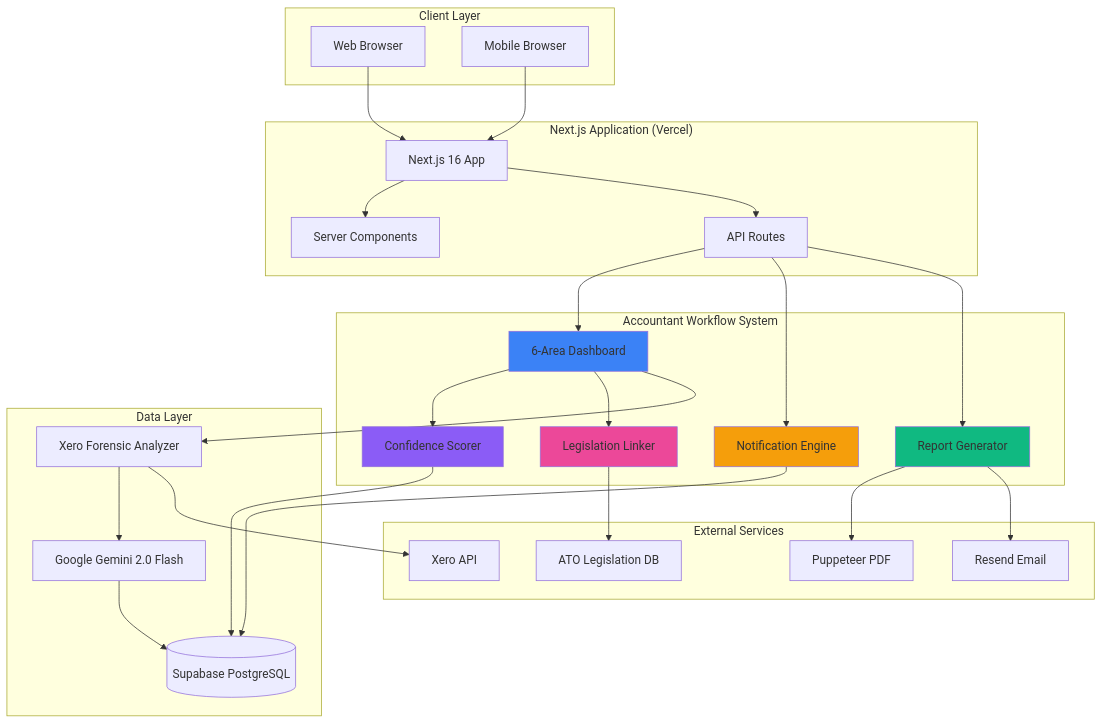
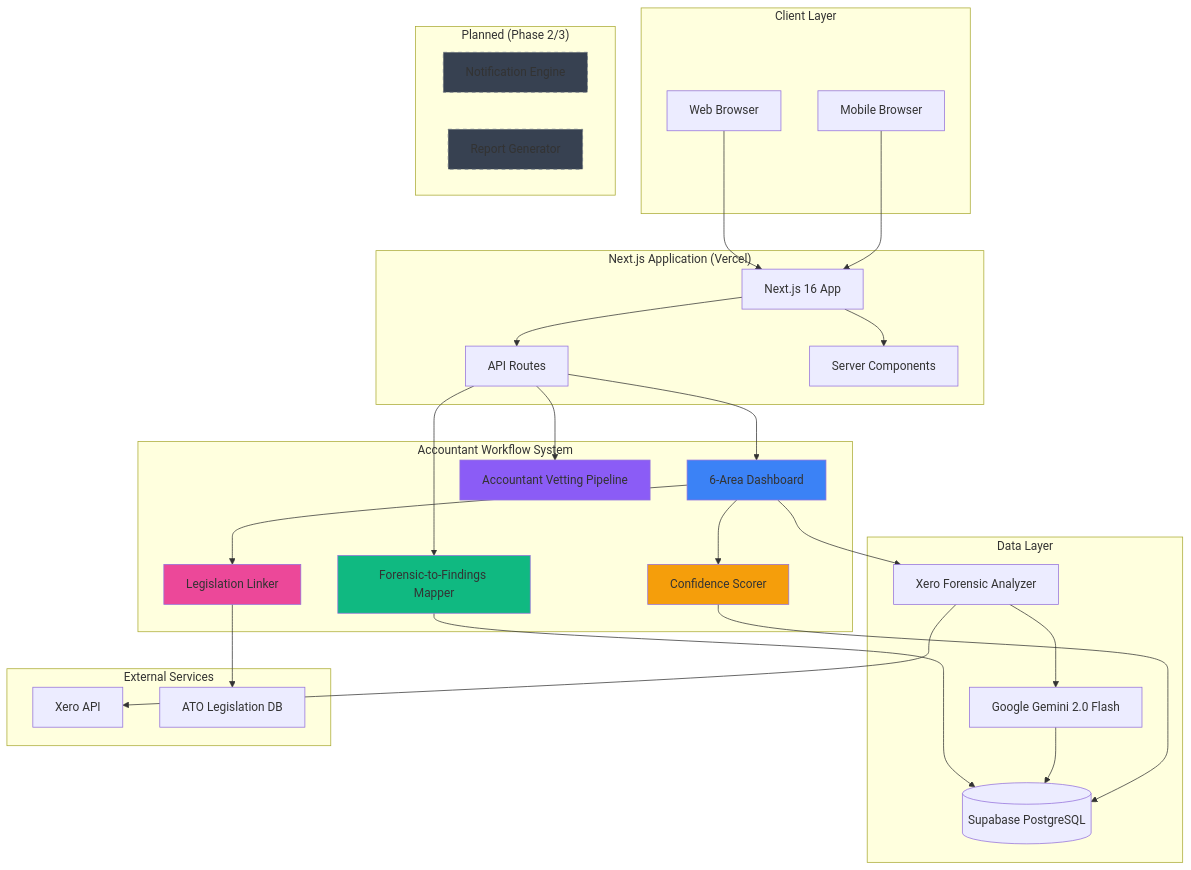
Before and after one commit to CleanExpo/ATO: the first of 15 diagrams in docs/diagrams/accountant-workflow-system.md, drawn with Mermaid. The commit also changed other lines of this file and 4 other files, not shown here.

First line of the commit message:
Update accountant workflow architecture docs to match implementation (ORCH-ACC-001)

````diff
--- a/docs/diagrams/accountant-workflow-system.md
+++ b/docs/diagrams/accountant-workflow-system.md
@@ -25,63 +28,65 @@
 ```mermaid
 graph TB
     subgraph "Client Layer"
         WEB[Web Browser]
         MOBILE[Mobile Browser]
     end
 
     subgraph "Next.js Application (Vercel)"
         APP[Next.js 16 App]
         API[API Routes]
         SSR[Server Components]
     end
 
     subgraph "Accountant Workflow System"
         DASH[6-Area Dashboard]
-        NOTIF[Notification Engine]
-        REPORT[Report Generator]
+        MAPPER[Forensic-to-Findings Mapper]
+        VETTING[Accountant Vetting Pipeline]
         CONF[Confidence Scorer]
         LEG[Legislation Linker]
     end
 
     subgraph "Data Layer"
         XERO[Xero Forensic Analyzer]
         GEMINI[Google Gemini 2.0 Flash]
         DB[(Supabase PostgreSQL)]
     end
 
     subgraph "External Services"
         XERO_API[Xero API]
         ATO[ATO Legislation DB]
-        RESEND[Resend Email]
-        PUPPETEER[Puppeteer PDF]
+    end
+
+    subgraph "Planned (Phase 2/3)"
+        NOTIF[Notification Engine]:::planned
+        REPORT[Report Generator]:::planned
     end
 
     WEB --> APP
     MOBILE --> APP
     APP --> SSR
     APP --> API
 
     API --> DASH
-    API --> NOTIF
-    API --> REPORT
+    API --> MAPPER
+    API --> VETTING
 
     DASH --> CONF
     DASH --> LEG
-    NOTIF --> DB
-    REPORT --> PUPPETEER
 
+    MAPPER --> DB
     DASH --> XERO
     XERO --> GEMINI
     XERO --> XERO_API
     GEMINI --> DB
 
     LEG --> ATO
-    REPORT --> RESEND
     CONF --> DB
 
+    classDef planned fill:#374151,stroke:#6b7280,stroke-dasharray: 5 5
     style DASH fill:#3b82f6
-    style NOTIF fill:#f59e0b
-    style REPORT fill:#10b981
-    style CONF fill:#8b5cf6
+    style MAPPER fill:#10b981
+    style VETTING fill:#8b5cf6
+    style CONF fill:#f59e0b
     style LEG fill:#ec4899
 ```
````
